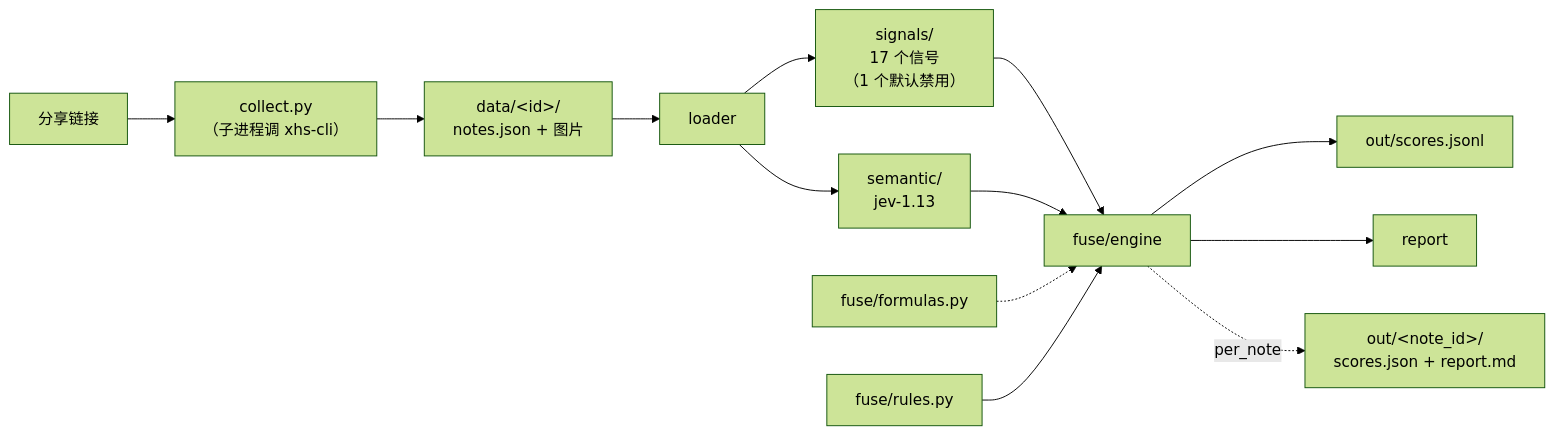
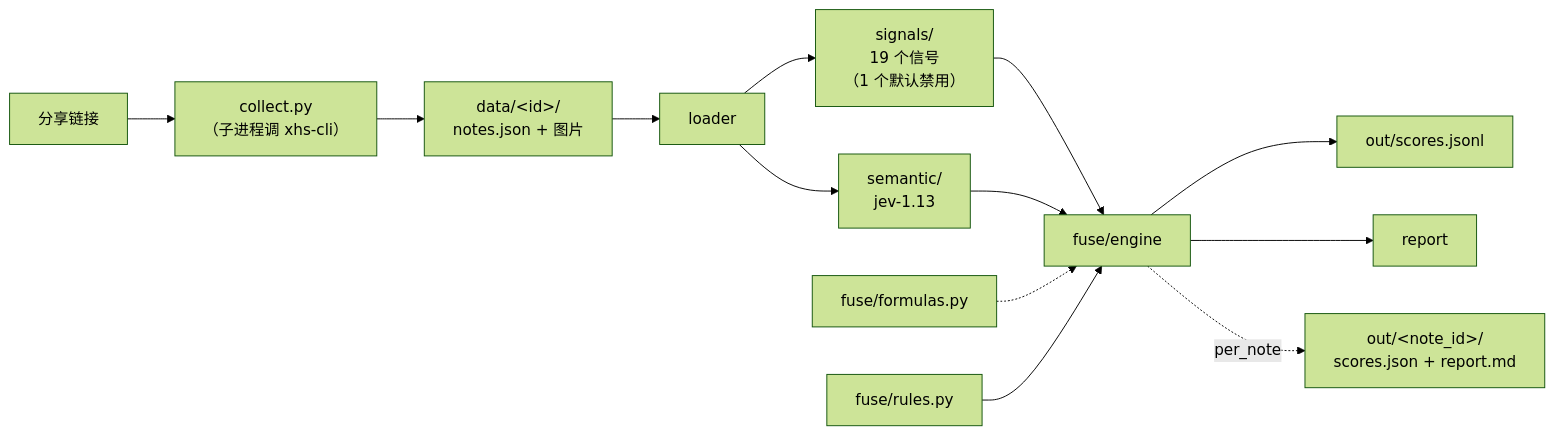
The diagram in jev2/README.md (Nolan180940/Loreal), drawn with Mermaid (forest theme) before and after one commit. The commit also changed other lines of this file and 19 other files, not shown here.

````diff
--- a/jev2/README.md
+++ b/jev2/README.md
@@ -185,15 +186,15 @@
 ```mermaid
 graph LR
     L["分享链接"] --> CO["collect.py<br/>（子进程调 xhs-cli）"]
     CO --> A["data/&lt;id&gt;/<br/>notes.json + 图片"]
     A --> B[loader]
-    B --> C["signals/<br/>17 个信号<br/>（1 个默认禁用）"]
+    B --> C["signals/<br/>19 个信号<br/>（1 个默认禁用）"]
     B --> D["semantic/<br/>jev-1.13"]
     C --> E[fuse/engine]
     D --> E
     F["fuse/formulas.py"] -.-> E
     G["fuse/rules.py"] --> E
     E --> H["out/scores.jsonl"]
     E --> I[report]
     E -.per_note.-> J["out/&lt;note_id&gt;/<br/>scores.json + report.md"]
 ```
````
